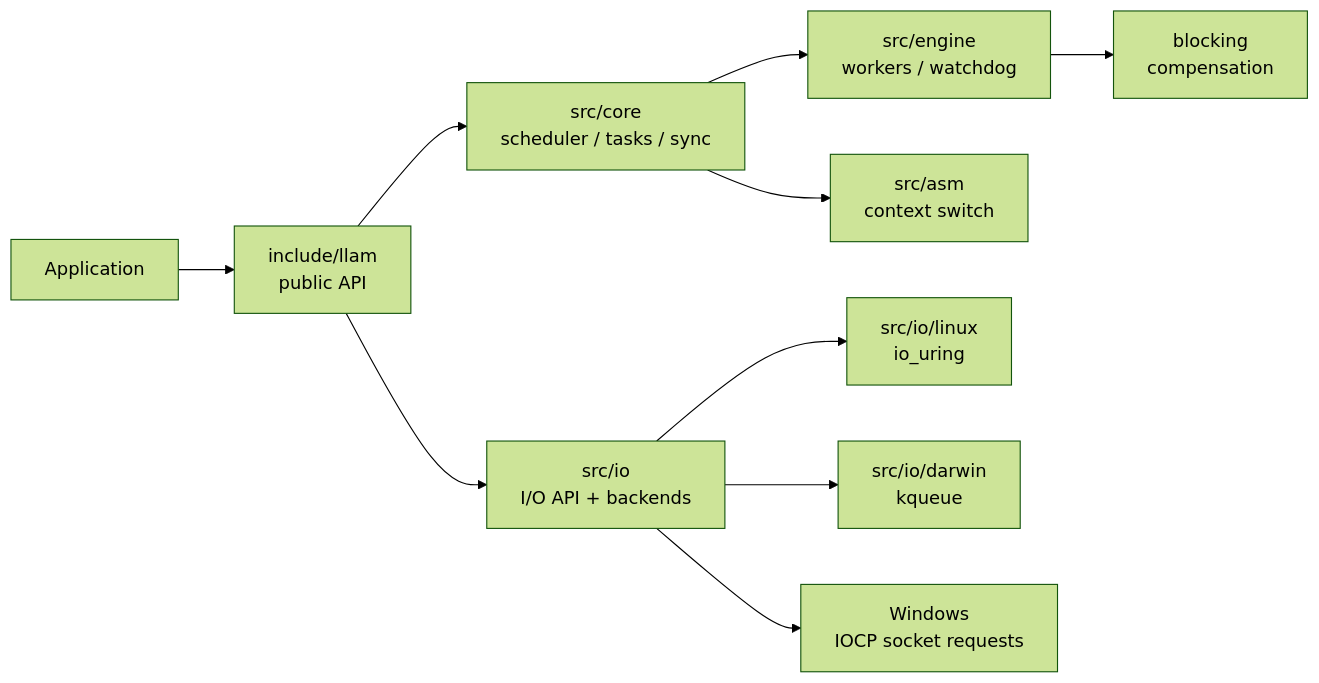
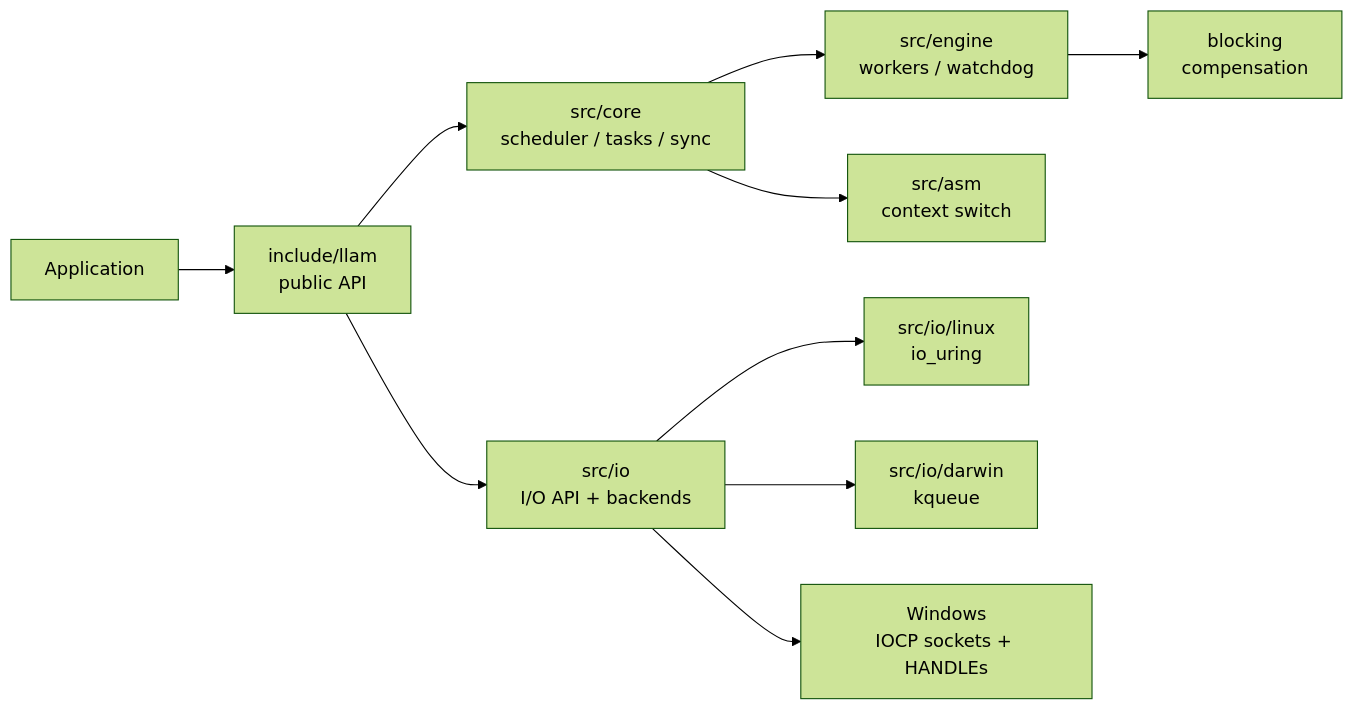
The second of 2 diagrams in README.md (Feralthedogg/LLAM), drawn with Mermaid (forest theme) before and after one commit. The commit also changed other lines of this file and 23 other files, not shown here.

````diff
--- a/README.md
+++ b/README.md
@@ -854,12 +859,12 @@
 ```mermaid
 flowchart LR
     App["Application"] --> API["include/llam\npublic API"]
     API --> Core["src/core\nscheduler / tasks / sync"]
     API --> IO["src/io\nI/O API + backends"]
     Core --> Engine["src/engine\nworkers / watchdog"]
     Engine --> Blocking["blocking\ncompensation"]
     IO --> Linux["src/io/linux\nio_uring"]
     IO --> Darwin["src/io/darwin\nkqueue"]
-    IO --> Windows["Windows\nIOCP socket requests"]
+    IO --> Windows["Windows\nIOCP sockets + HANDLEs"]
     Core --> ASM["src/asm\ncontext switch"]
 ```
````
